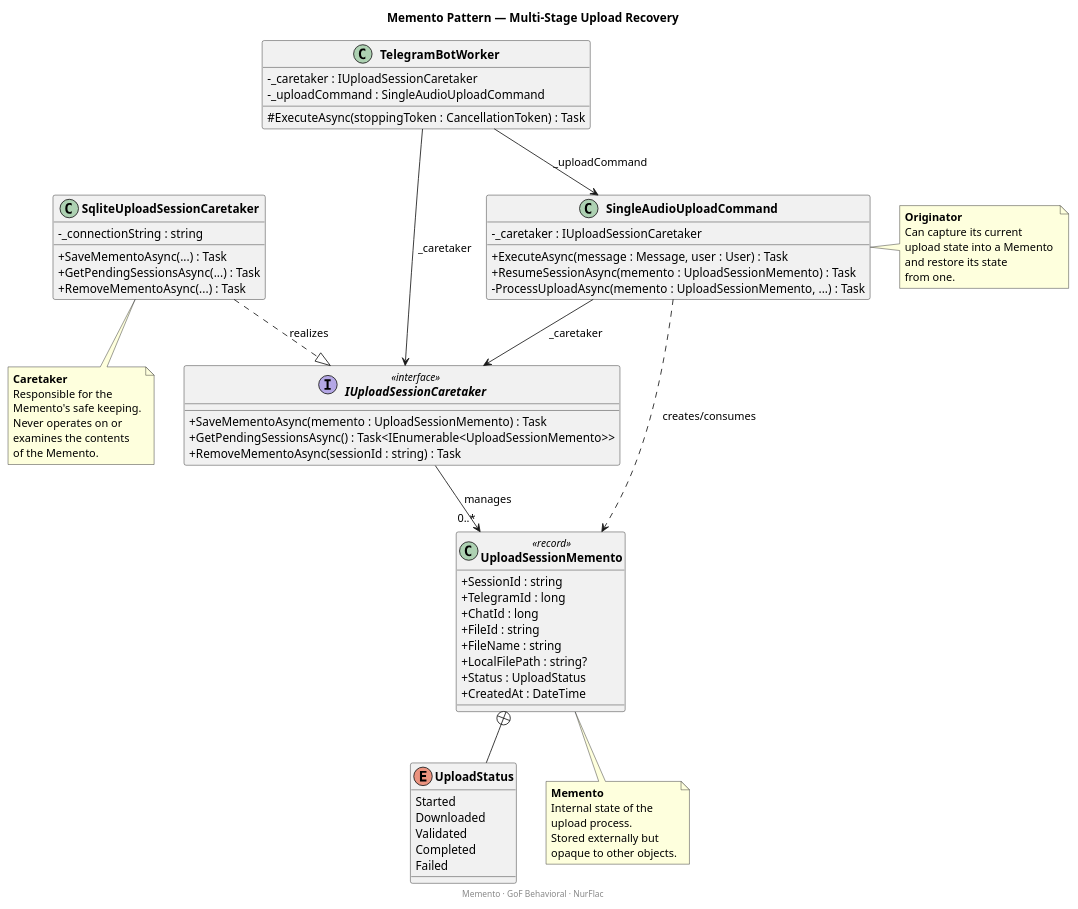
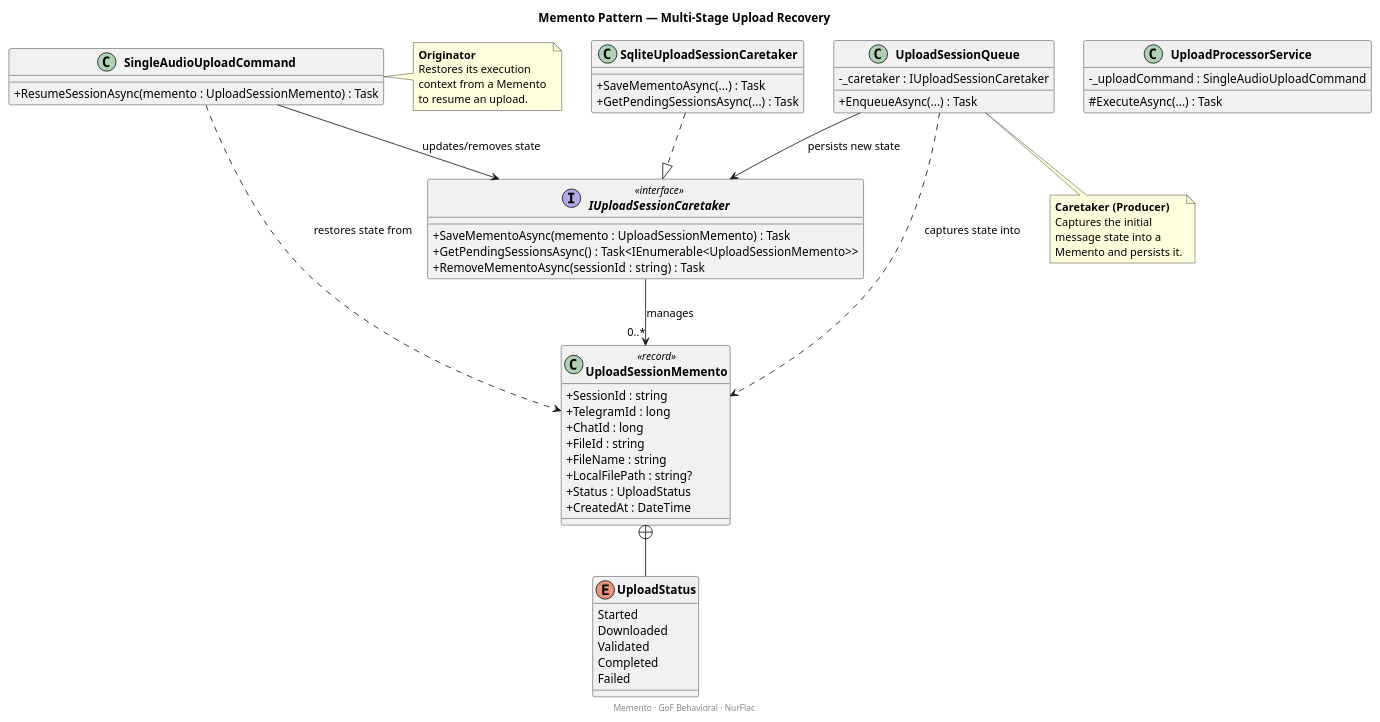
The diagram in Diagrams/Memento.puml (Heiwa03/NurFlac), drawn with PlantUML before and after one commit. The commit also changed 4 other files, not shown here.

Commit message:
Update diagrams to match the current implementation

```diff
--- a/Diagrams/Memento.puml
+++ b/Diagrams/Memento.puml
@@ -1,101 +1,87 @@
 @startuml Memento
 
 title Memento Pattern — Multi-Stage Upload Recovery
 
 skinparam classAttributeIconSize 0
 skinparam classFontStyle bold
 
 ' ── Memento ───────────────────────────────────────────────────
 class UploadSessionMemento <<record>> {
   + SessionId : string
   + TelegramId : long
   + ChatId : long
   + FileId : string
   + FileName : string
   + LocalFilePath : string?
   + Status : UploadStatus
   + CreatedAt : DateTime
 }
 
 enum UploadStatus {
   Started
   Downloaded
   Validated
   Completed
   Failed
 }
 
 ' ── Originator ────────────────────────────────────────────────
 class SingleAudioUploadCommand {
-  - _caretaker : IUploadSessionCaretaker
-  + ExecuteAsync(message : Message, user : User) : Task
   + ResumeSessionAsync(memento : UploadSessionMemento) : Task
-  - ProcessUploadAsync(memento : UploadSessionMemento, ...) : Task
 }
 
 ' ── Caretaker ─────────────────────────────────────────────────
 interface IUploadSessionCaretaker <<interface>> {
   + SaveMementoAsync(memento : UploadSessionMemento) : Task
   + GetPendingSessionsAsync() : Task<IEnumerable<UploadSessionMemento>>
   + RemoveMementoAsync(sessionId : string) : Task
 }
 
 class SqliteUploadSessionCaretaker {
-  - _connectionString : string
   + SaveMementoAsync(...) : Task
   + GetPendingSessionsAsync(...) : Task
-  + RemoveMementoAsync(...) : Task
 }
 
-' ── Client (Recovery Trigger) ─────────────────────────────────
-class TelegramBotWorker {
+' ── Caretakers & Consumers ────────────────────────────────────
+class UploadSessionQueue {
   - _caretaker : IUploadSessionCaretaker
+  + EnqueueAsync(...) : Task
+}
+
+class UploadProcessorService {
   - _uploadCommand : SingleAudioUploadCommand
-  # ExecuteAsync(stoppingToken : CancellationToken) : Task
+  # ExecuteAsync(...) : Task
 }
 
 ' Relationships
 UploadSessionMemento +-- UploadStatus
 
 ' Originator creates and consumes Mementos
-SingleAudioUploadCommand ..> UploadSessionMemento : «creates/consumes»
+SingleAudioUploadCommand ..> UploadSessionMemento : «restores state from»
+UploadSessionQueue ..> UploadSessionMemento : «captures state into»
 
 ' Caretaker manages Mementos
-SqliteUploadSessionCaretaker ..|> IUploadSessionCaretaker : realizes
+SqliteUploadSessionCaretaker ..|> IUploadSessionCaretaker
 IUploadSessionCaretaker --> "0..*" UploadSessionMemento : manages
 
-' Originator uses Caretaker to persist its state
-SingleAudioUploadCommand --> IUploadSessionCaretaker : _caretaker
-
-' Recovery trigger uses Caretaker to find lost Mementos
-TelegramBotWorker --> IUploadSessionCaretaker : _caretaker
-TelegramBotWorker --> SingleAudioUploadCommand : _uploadCommand
+' Clients using the Caretaker
+UploadSessionQueue --> IUploadSessionCaretaker : "persists new state"
+SingleAudioUploadCommand --> IUploadSessionCaretaker : "updates/removes state"
 
 note right of SingleAudioUploadCommand
   **Originator**
-  Can capture its current 
-  upload state into a Memento 
-  and restore its state 
-  from one.
+  Restores its execution 
+  context from a Memento 
+  to resume an upload.
 end note
 
-note bottom of UploadSessionMemento
-  **Memento**
-  Internal state of the 
-  upload process.
-  Stored externally but 
-  opaque to other objects.
-end note
-
-note bottom of SqliteUploadSessionCaretaker
-  **Caretaker**
-  Responsible for the 
-  Memento's safe keeping.
-  Never operates on or 
-  examines the contents 
-  of the Memento.
+note bottom of UploadSessionQueue
+  **Caretaker (Producer)**
+  Captures the initial 
+  message state into a 
+  Memento and persists it.
 end note
 
 footer Memento · GoF Behavioral · NurFlac
 
 @enduml
```
